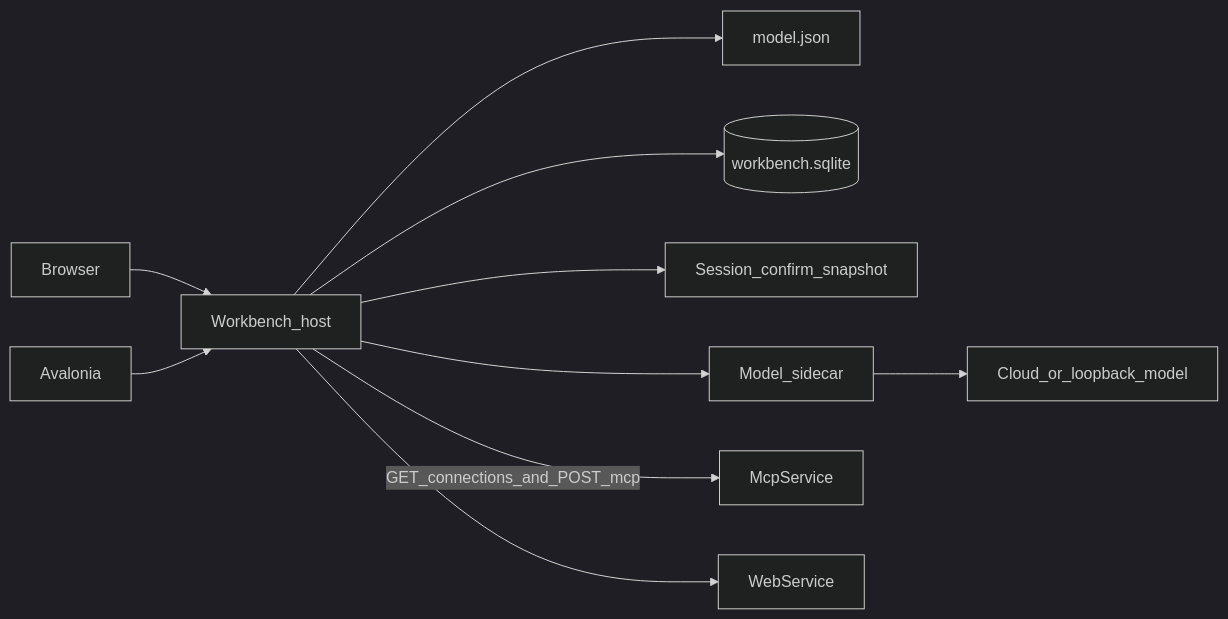
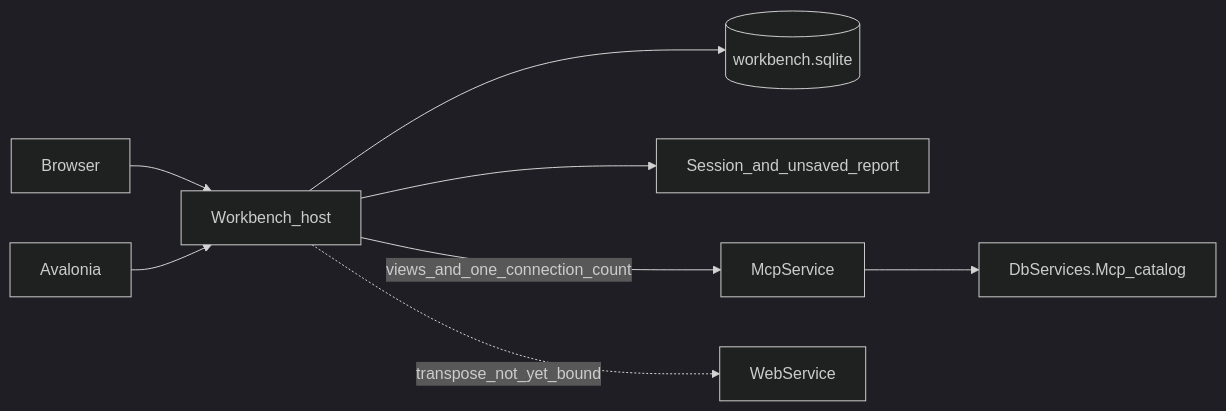
The second of 2 diagrams in _bmad-output/planning-artifacts/architecture/architecture-DBServices-2026-10-12/ARCHITECTURE-SPINE.md (sjvann/DBServices), drawn with Mermaid (dark theme) before and after one commit. The commit also changed other lines of this file and 27 other files, not shown here.

````diff
--- a/_bmad-output/planning-artifacts/architecture/architecture-DBServices-2026-10-12/ARCHITECTURE-SPINE.md
+++ b/_bmad-output/planning-artifacts/architecture/architecture-DBServices-2026-10-12/ARCHITECTURE-SPINE.md
@@ -183,22 +189,18 @@
 ```mermaid
 flowchart LR
   browser[Browser]
   desktop[Avalonia]
   workbench[Workbench_host]
-  modelFile[model.json]
   dbFile[(workbench.sqlite)]
-  memory[Session_confirm_snapshot]
-  sidecar[Model_sidecar]
-  endpoint[Cloud_or_loopback_model]
+  memory[Session_and_unsaved_report]
   mcp[McpService]
+  catalog[DbServices.Mcp_catalog]
   webapi[WebService]
   browser --> workbench
   desktop --> workbench
   workbench --> dbFile
   workbench --> memory
-  workbench --> modelFile
-  workbench --> sidecar
-  sidecar --> endpoint
-  workbench -->|GET_connections_and_POST_mcp| mcp
-  workbench --> webapi
+  workbench -->|views_and_one_connection_count| mcp
+  mcp --> catalog
+  workbench -.->|transpose_not_yet_bound| webapi
 ```
````
